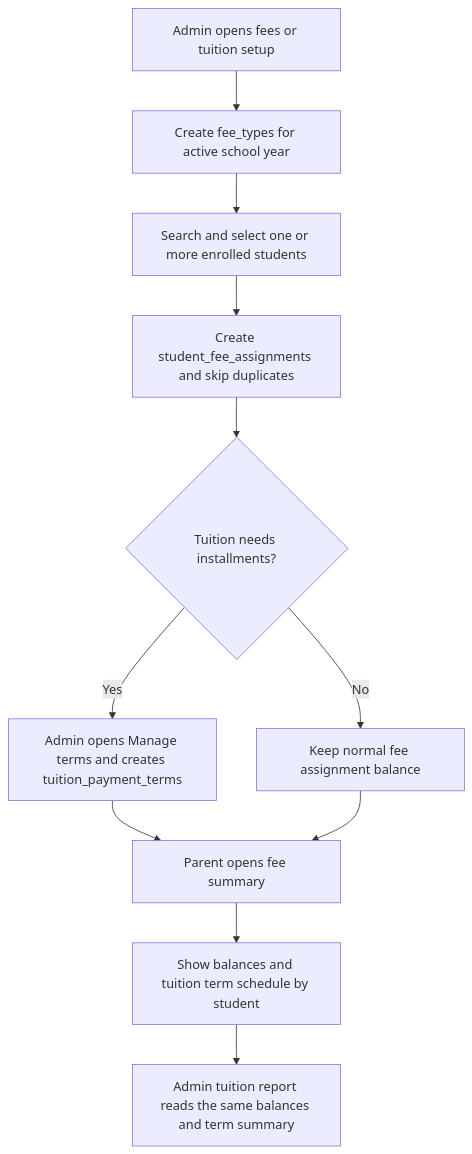
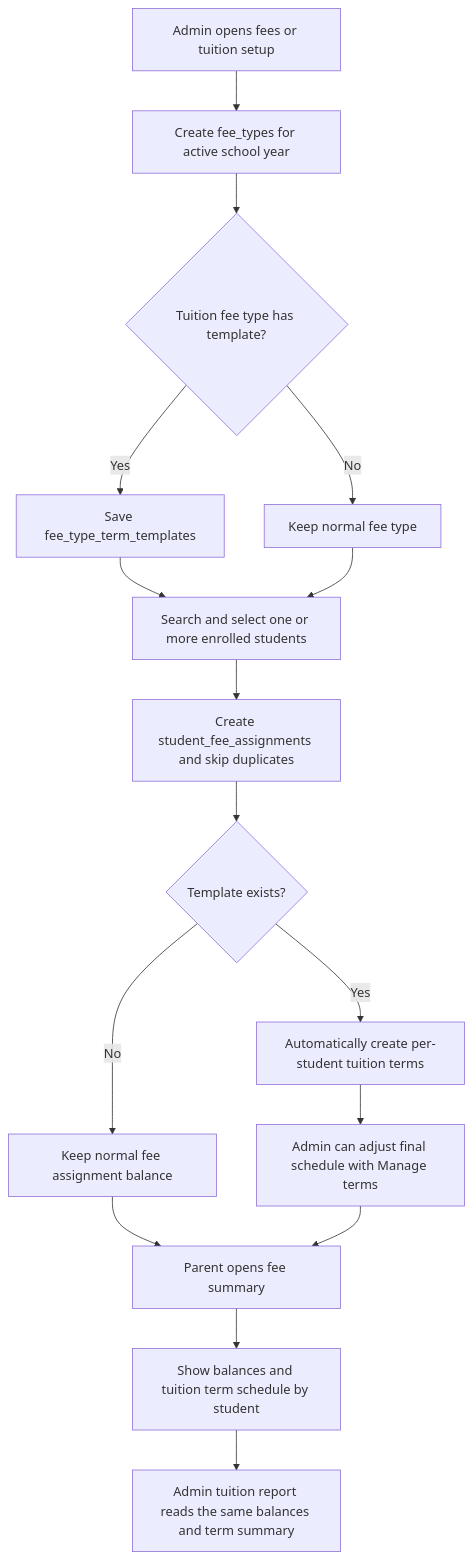
One commit to Xeyn19/xmetapay changed diagram 12 of 17 in docs/PROJECT_FLOWCHARTS.md. Above: the diagram before and after it, drawn with Mermaid. The commit also changed other lines of this file and 21 other files, not shown here.

````diff
--- a/docs/PROJECT_FLOWCHARTS.md
+++ b/docs/PROJECT_FLOWCHARTS.md
@@ -390,13 +390,18 @@
 ```mermaid
 flowchart TD
   A["Admin opens fees or tuition setup"] --> B["Create fee_types for active school year"]
-  B --> C["Search and select one or more enrolled students"]
-  C --> D["Create student_fee_assignments and skip duplicates"]
-  D --> E{"Tuition needs installments?"}
-  E -->|Yes| F["Admin opens Manage terms and creates tuition_payment_terms"]
-  E -->|No| G["Keep normal fee assignment balance"]
-  F --> H["Parent opens fee summary"]
-  G --> H
-  H --> I["Show balances and tuition term schedule by student"]
-  I --> J["Admin tuition report reads the same balances and term summary"]
+  B --> C{"Tuition fee type has template?"}
+  C -->|Yes| D["Save fee_type_term_templates"]
+  C -->|No| E["Keep normal fee type"]
+  D --> F["Search and select one or more enrolled students"]
+  E --> F
+  F --> G["Create student_fee_assignments and skip duplicates"]
+  G --> H{"Template exists?"}
+  H -->|Yes| I["Automatically create per-student tuition terms"]
+  H -->|No| J["Keep normal fee assignment balance"]
+  I --> K["Admin can adjust final schedule with Manage terms"]
+  J --> L["Parent opens fee summary"]
+  K --> L
+  L --> M["Show balances and tuition term schedule by student"]
+  M --> N["Admin tuition report reads the same balances and term summary"]
 ```
````
